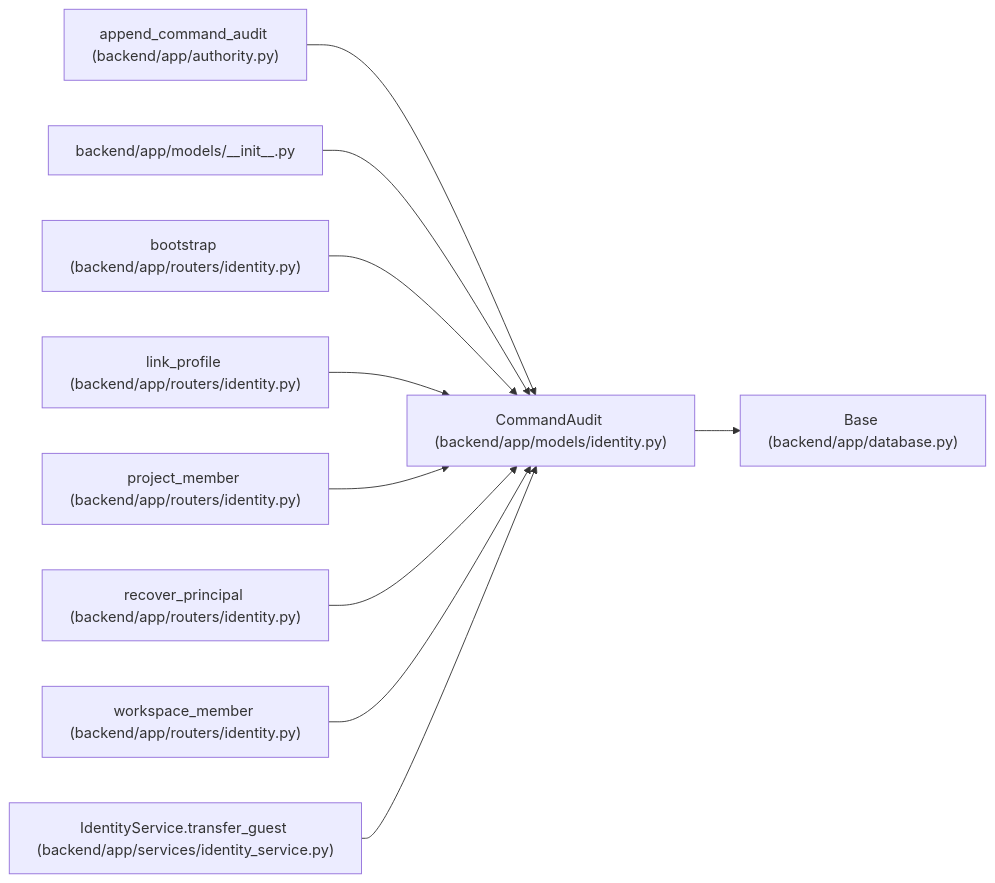
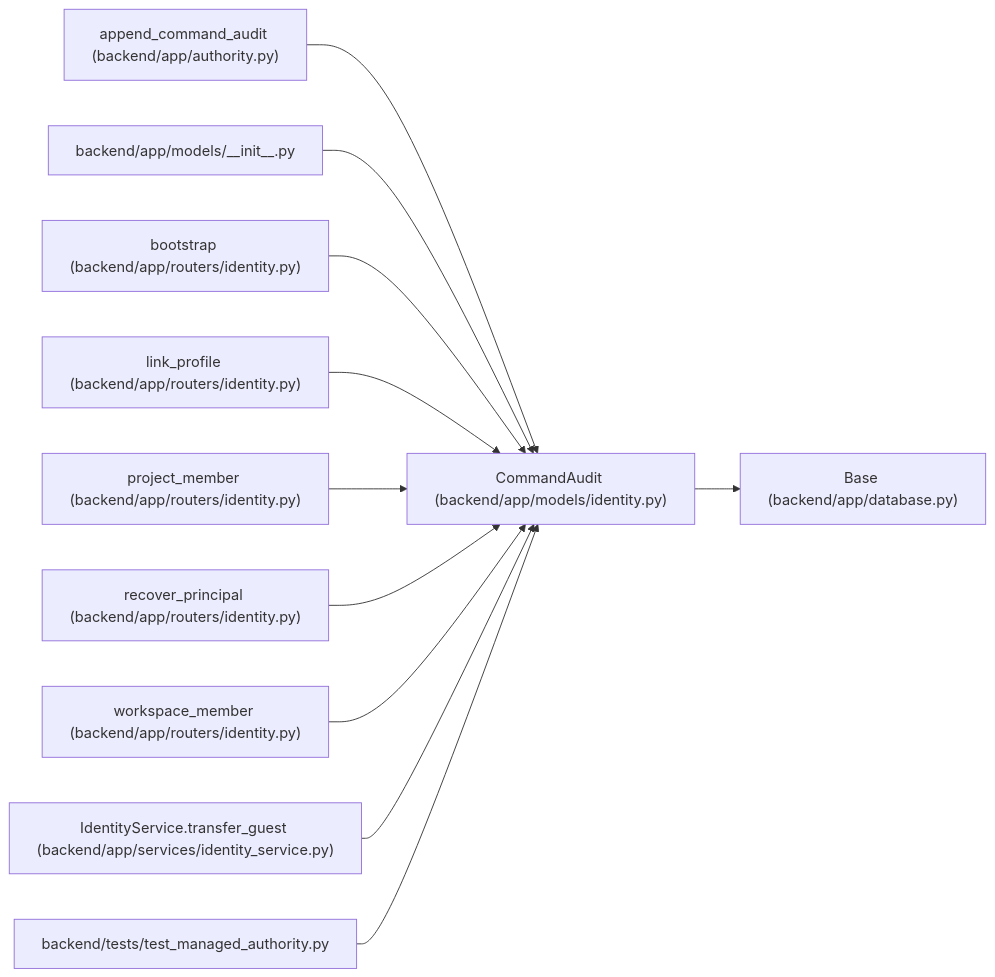
Before and after one commit to Denissvgn/WorkChord: the diagram in docs/llm_wiki/entities/CommandAudit.md, drawn with Mermaid. The commit also changed other lines of this file and 317 other files, not shown here.

````diff
--- a/docs/llm_wiki/entities/CommandAudit.md
+++ b/docs/llm_wiki/entities/CommandAudit.md
@@ -33,32 +33,35 @@
 ```mermaid
 flowchart LR
     n0["CommandAudit (backend/app/models/identity.py)"]
     n1["Base (backend/app/database.py)"]
     n2["append_command_audit (backend/app/authority.py)"]
     n3["backend/app/models/__init__.py"]
     n4["bootstrap (backend/app/routers/identity.py)"]
     n5["link_profile (backend/app/routers/identity.py)"]
     n6["project_member (backend/app/routers/identity.py)"]
     n7["recover_principal (backend/app/routers/identity.py)"]
     n8["workspace_member (backend/app/routers/identity.py)"]
     n9["IdentityService.transfer_guest (backend/app/services/identity_service.py)"]
+    n10["backend/tests/test_managed_authority.py"]
     n0 --> n1
     n2 --> n0
     n3 --> n0
     n4 --> n0
     n5 --> n0
     n6 --> n0
     n7 --> n0
     n8 --> n0
     n9 --> n0
+    n10 --> n0
     click n0 "../modules/models_identity.md"
     click n1 "../modules/app_database.md"
     click n2 "../modules/authority.md"
     click n3 "../modules/models___init__.md"
     click n4 "../modules/routers_identity.md"
     click n5 "../modules/routers_identity.md"
     click n6 "../modules/routers_identity.md"
     click n7 "../modules/routers_identity.md"
     click n8 "../modules/routers_identity.md"
     click n9 "../modules/identity_service.md"
+    click n10 "../modules/test_managed_authority.md"
 ```
````
